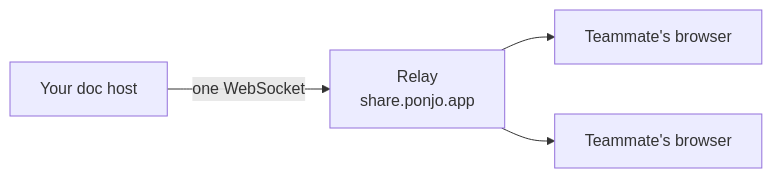
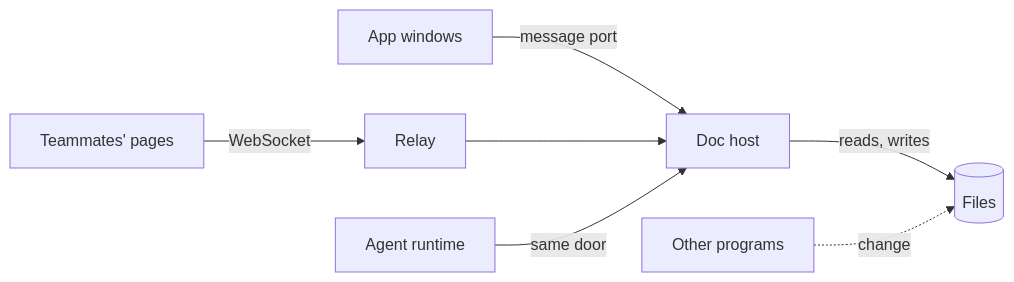
Before and after one commit to ponjo-app/ponjo: the diagram in docs/architecture.md, drawn with Mermaid. The commit also changed other lines of this file and 4 other files, not shown here.

First line of the commit message:
Two short designs: the app, and the agent runtime on its door

````diff
--- a/docs/architecture.md
+++ b/docs/architecture.md
@@ -156,6 +20,8 @@
 ```mermaid
 flowchart LR
-  host["Your doc host"] -- one WebSocket --> relay["Relay<br>share.ponjo.app"]
-  relay --> a["Teammate's browser"]
-  relay --> b["Teammate's browser"]
+  win["App windows"] -- message port --> host
+  page["Teammates' pages"] -- WebSocket --> relay["Relay"] --> host
+  rt["Agent runtime"] -- same door --> host
+  host["Doc host"] -- reads, writes --> files[("Files")]
+  other["Other programs"] -. change .-> files
 ```
````
